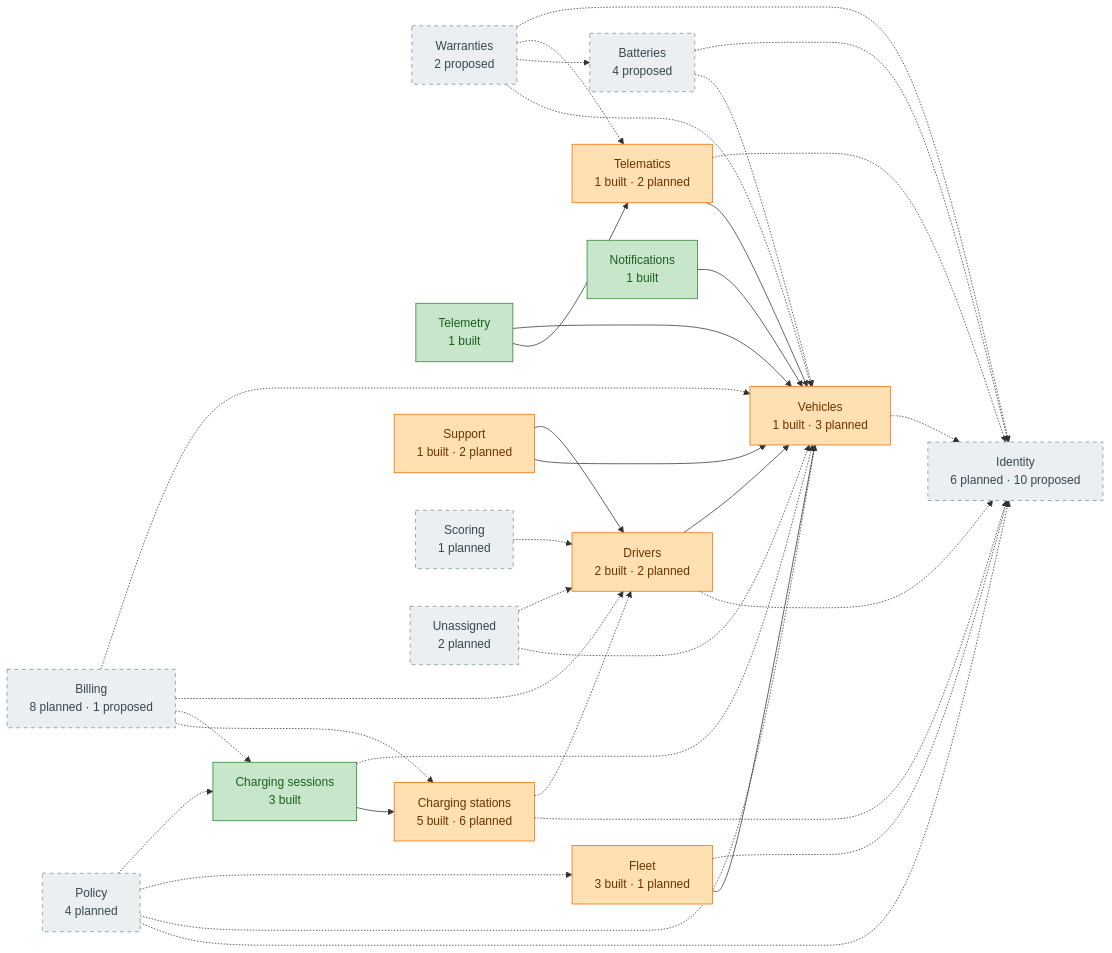
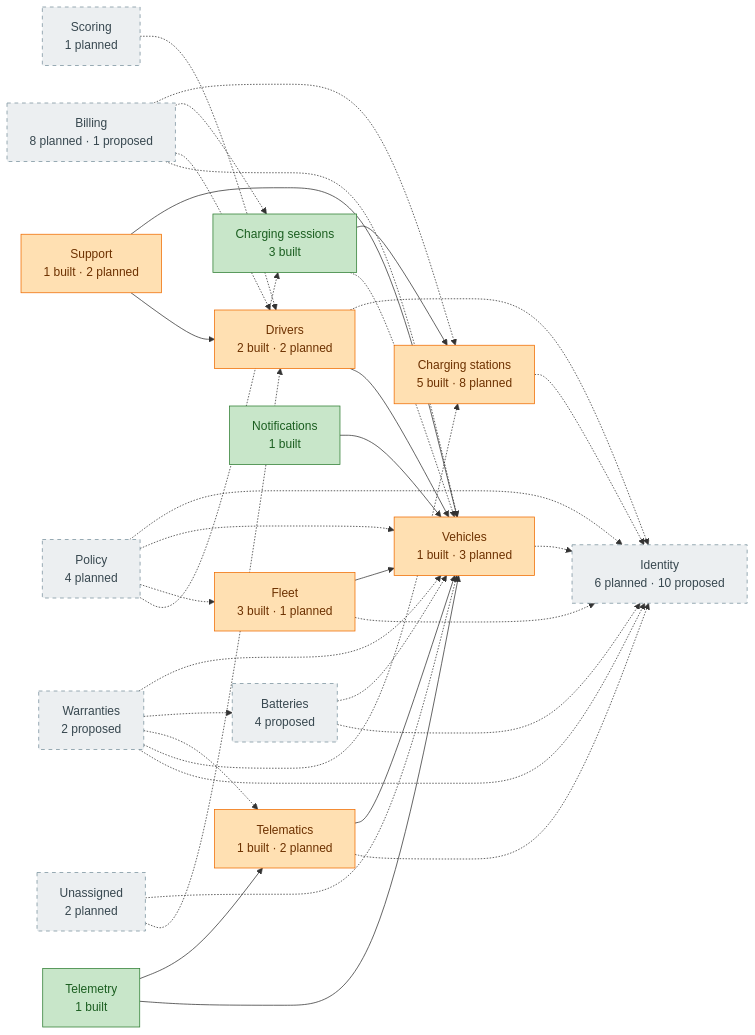
Before and after one commit to yolo-coccoc/G3Network-app: the diagram in docs/design/domain-model/overview.md, drawn with Mermaid. The commit also changed other lines of this file and 15 other files, not shown here.

````diff
--- a/docs/design/domain-model/overview.md
+++ b/docs/design/domain-model/overview.md
@@ -28,55 +28,55 @@
 ```mermaid
 flowchart LR
   identity["Identity<br/>6 planned · 10 proposed"]:::planned
   vehicles["Vehicles<br/>1 built · 3 planned"]:::partial
   batteries["Batteries<br/>4 proposed"]:::planned
   warranties["Warranties<br/>2 proposed"]:::planned
   telematics["Telematics<br/>1 built · 2 planned"]:::partial
   telemetry["Telemetry<br/>1 built"]:::built
   drivers["Drivers<br/>2 built · 2 planned"]:::partial
   fleet["Fleet<br/>3 built · 1 planned"]:::partial
-  charging_stations["Charging stations<br/>5 built · 6 planned"]:::partial
+  charging_stations["Charging stations<br/>5 built · 8 planned"]:::partial
   charging_sessions["Charging sessions<br/>3 built"]:::built
   notifications["Notifications<br/>1 built"]:::built
   support["Support<br/>1 built · 2 planned"]:::partial
   policy["Policy<br/>4 planned"]:::planned
   billing["Billing<br/>8 planned · 1 proposed"]:::planned
   scoring["Scoring<br/>1 planned"]:::planned
   unassigned["Unassigned<br/>2 planned"]:::planned
   batteries -.-> vehicles
   warranties -.-> vehicles
   warranties -.-> batteries
   warranties -.-> telematics
+  warranties -.-> charging_stations
   telematics --> vehicles
   telemetry --> telematics
   telemetry --> vehicles
   drivers -.-> identity
   drivers --> vehicles
   fleet --> vehicles
   fleet -.-> identity
   charging_stations -.-> identity
-  charging_stations -.-> drivers
   charging_sessions --> charging_stations
   charging_sessions -.-> vehicles
   notifications --> vehicles
   support --> vehicles
   support --> drivers
   policy -.-> identity
   policy -.-> vehicles
   policy -.-> fleet
   policy -.-> charging_sessions
   billing -.-> charging_stations
   billing -.-> charging_sessions
   billing -.-> drivers
   billing -.-> vehicles
   scoring -.-> drivers
   unassigned -.-> vehicles
   unassigned -.-> drivers
   vehicles -.-> identity
   batteries -.-> identity
   warranties -.-> identity
   telematics -.-> identity
   classDef built fill:#C8E6C9,stroke:#2E7D32,color:#1B5E20
   classDef partial fill:#FFE0B2,stroke:#EF6C00,color:#6D3100
   classDef planned fill:#ECEFF1,stroke:#78909C,color:#37474F,stroke-dasharray:5 5
 ```
````
